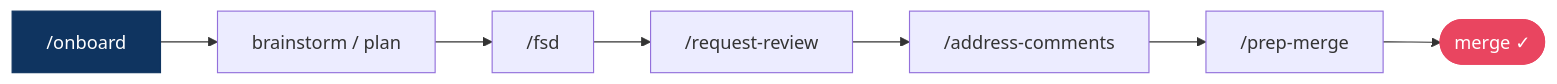
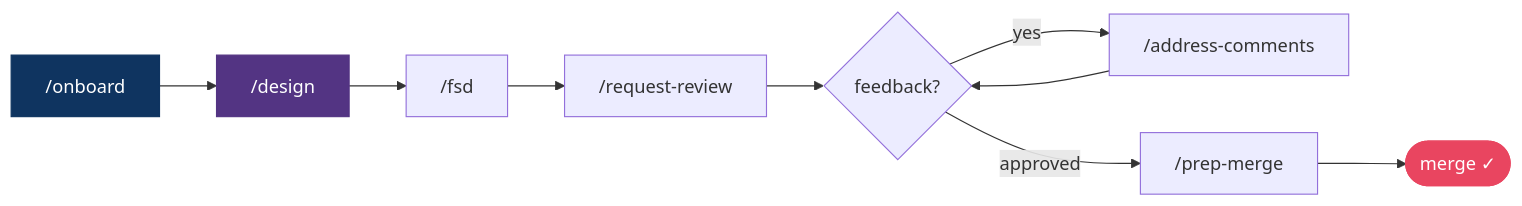
Before and after one commit to anels/nase: the second of 7 diagrams in README.md, drawn with Mermaid. The commit also changed other lines of this file, not shown here.

First line of the commit message:
docs(readme): update use cases section and improve flowcharts (#41)

````diff
--- a/README.md
+++ b/README.md
@@ -117,7 +144,13 @@
 ```mermaid
 flowchart LR
-    A["/onboard"] --> B["brainstorm / plan"] --> C["/fsd"] --> D["/request-review"]
-    D --> E["/address-comments"] --> F["/prep-merge"] --> G(["merge ✓"])
+    A["/onboard"] --> B["/design"]
+    B --> C["/fsd"]
+    C --> D["/request-review"]
+    D --> E{feedback?}
+    E -- yes --> F["/address-comments"] --> E
+    E -- approved --> G["/prep-merge"]
+    G --> H(["merge ✓"])
     style A fill:#0f3460,stroke:#0f3460,color:#fff
-    style G fill:#e94560,stroke:#e94560,color:#fff
+    style B fill:#533483,stroke:#533483,color:#fff
+    style H fill:#e94560,stroke:#e94560,color:#fff
 ```
````
